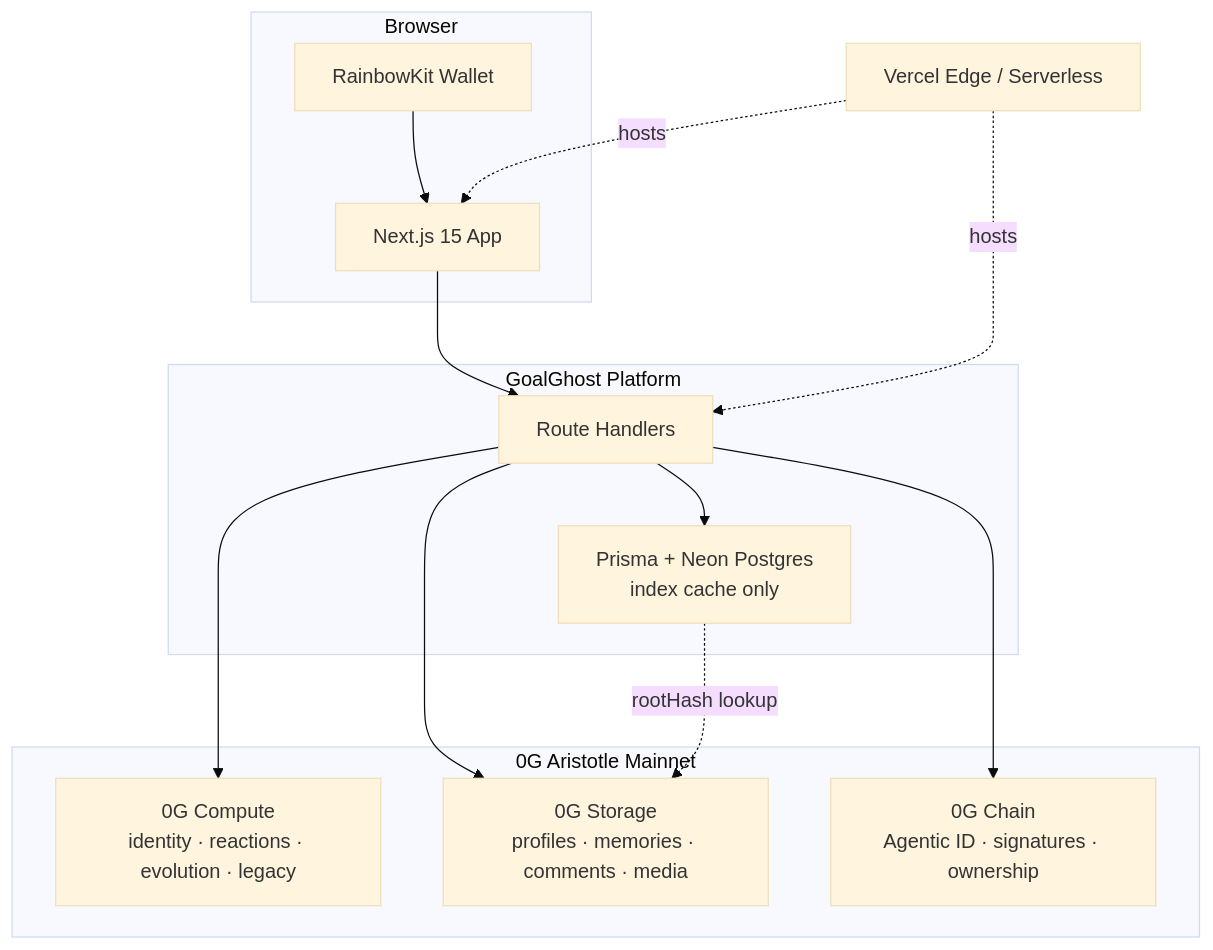
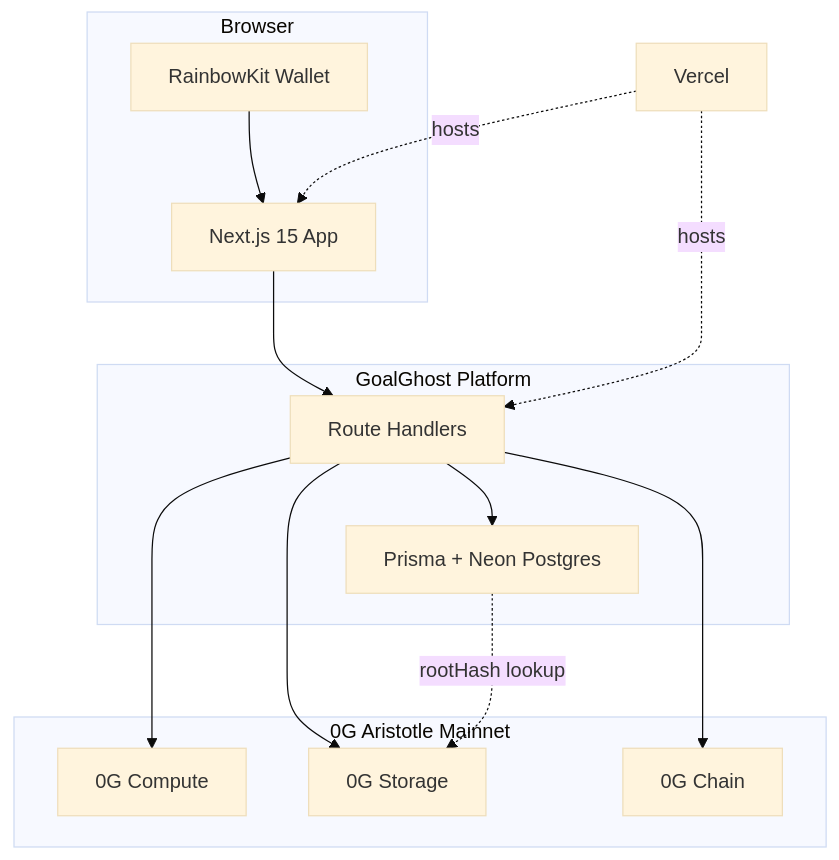
Before and after one commit to ScavenGem/GoalGhost: the diagram in README.md, drawn with Mermaid (base theme). The commit also changed other lines of this file and 1 other file, not shown here.

````diff
--- a/README.md
+++ b/README.md
@@ -104,30 +99,30 @@
 ```mermaid
 flowchart TB
   subgraph Client["Browser"]
     W[RainbowKit Wallet]
     UI[Next.js 15 App]
   end
 
   subgraph Platform["GoalGhost Platform"]
     API[Route Handlers]
-    IDX[Prisma + Neon Postgres<br/>index cache only]
+    IDX[Prisma + Neon Postgres]
   end
 
   subgraph OG["0G Aristotle Mainnet"]
-    COMP[0G Compute<br/>identity · reactions · evolution · legacy]
-    STORE[0G Storage<br/>profiles · memories · comments · media]
-    CHAIN[0G Chain<br/>Agentic ID · signatures · ownership]
+    COMP[0G Compute]
+    STORE[0G Storage]
+    CHAIN[0G Chain]
   end
 
-  DEPLOY[Vercel Edge / Serverless]
+  DEPLOY[Vercel]
 
   W --> UI
   UI --> API
   API --> COMP
   API --> STORE
   API --> CHAIN
   API --> IDX
   IDX -. rootHash lookup .-> STORE
   DEPLOY -. hosts .-> UI
   DEPLOY -. hosts .-> API
 ```
````
